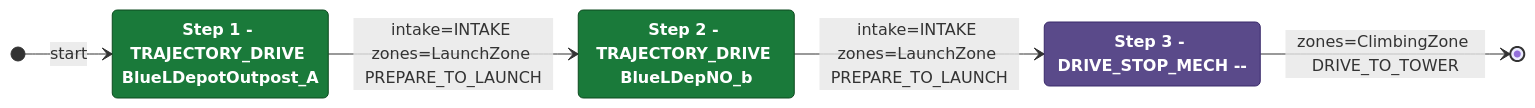
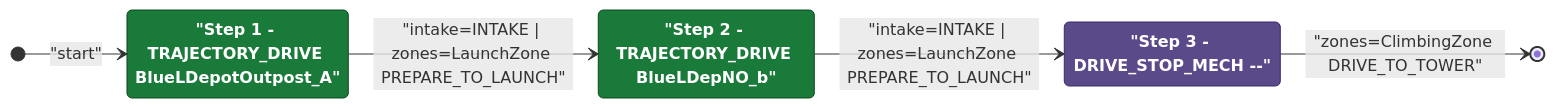
The diagram in documents/auton/BlueTDepLaunch0DepNOutScoreClimb.md (Team302/2026Rebuilt), drawn with Mermaid before and after one commit. The commit also changed 242 other files, not shown here.

Commit message:
Regenerated diagrams with fixed red

````diff
--- a/documents/auton/BlueTDepLaunch0DepNOutScoreClimb.md
+++ b/documents/auton/BlueTDepLaunch0DepNOutScoreClimb.md
@@ -8,21 +8,21 @@
 ```mermaid
 stateDiagram-v2
     direction LR
 
     %% Green = intake active, Purple = intake off
     classDef intake  fill:#1a7a3a,color:#ffffff,stroke:#0d4a1f,font-weight:bold
     classDef noIntake fill:#5a4a8a,color:#ffffff,stroke:#3a2a6a,font-weight:bold
 
-    Step1 : Step 1 - TRAJECTORY_DRIVE BlueLDepotOutpost_A
-    Step2 : Step 2 - TRAJECTORY_DRIVE BlueLDepNO_b
-    Step3 : Step 3 - DRIVE_STOP_MECH --
+    Step1 : "Step 1 - TRAJECTORY_DRIVE BlueLDepotOutpost_A"
+    Step2 : "Step 2 - TRAJECTORY_DRIVE BlueLDepNO_b"
+    Step3 : "Step 3 - DRIVE_STOP_MECH --"
 
     class Step1 intake
     class Step2 intake
     class Step3 noIntake
 
-    [*] --> Step1 : start
-    Step1 --> Step2: intake=INTAKE zones=LaunchZone PREPARE_TO_LAUNCH
-    Step2 --> Step3: intake=INTAKE zones=LaunchZone PREPARE_TO_LAUNCH
-    Step3 --> [*]: zones=ClimbingZone DRIVE_TO_TOWER
+    [*] --> Step1 : "start"
+    Step1 --> Step2: "intake=INTAKE | zones=LaunchZone PREPARE_TO_LAUNCH"
+    Step2 --> Step3: "intake=INTAKE | zones=LaunchZone PREPARE_TO_LAUNCH"
+    Step3 --> [*]: "zones=ClimbingZone DRIVE_TO_TOWER"
 ```
````
